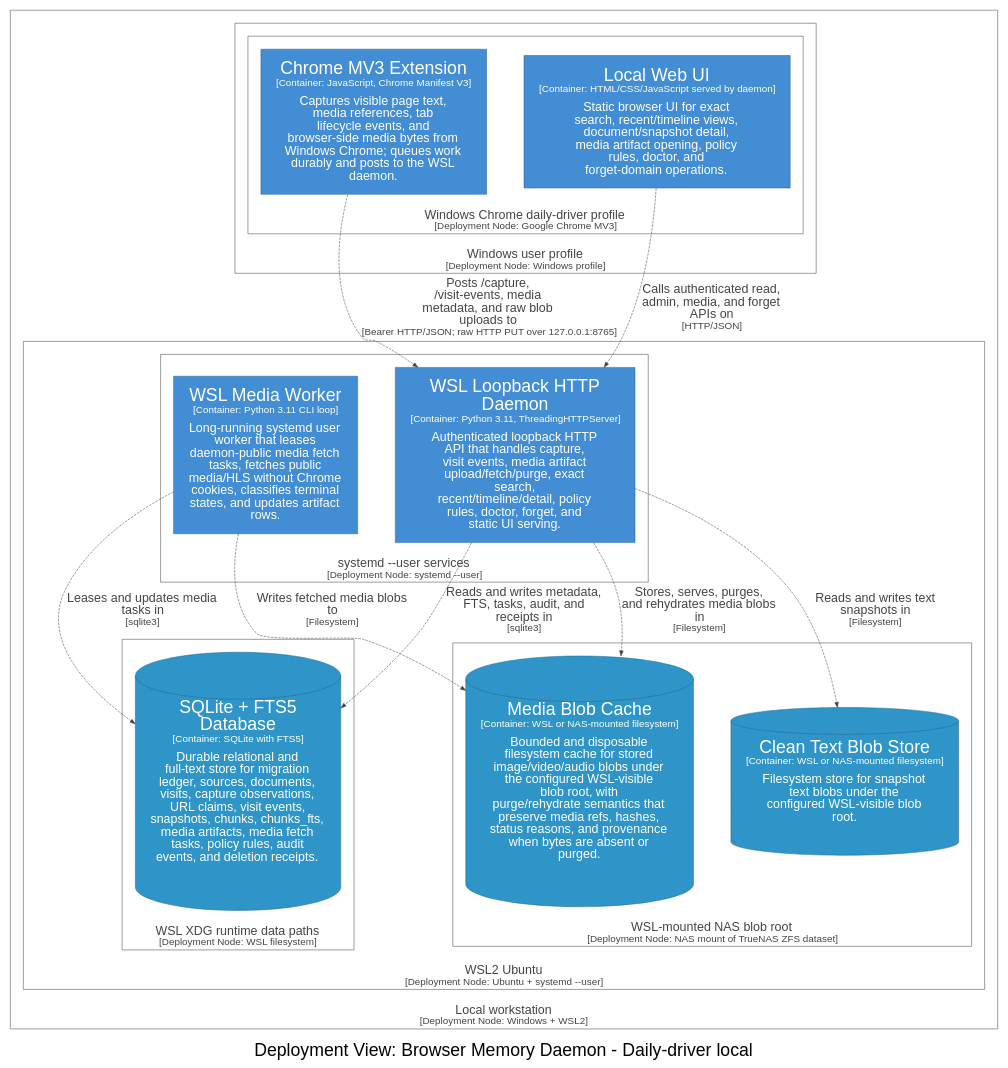
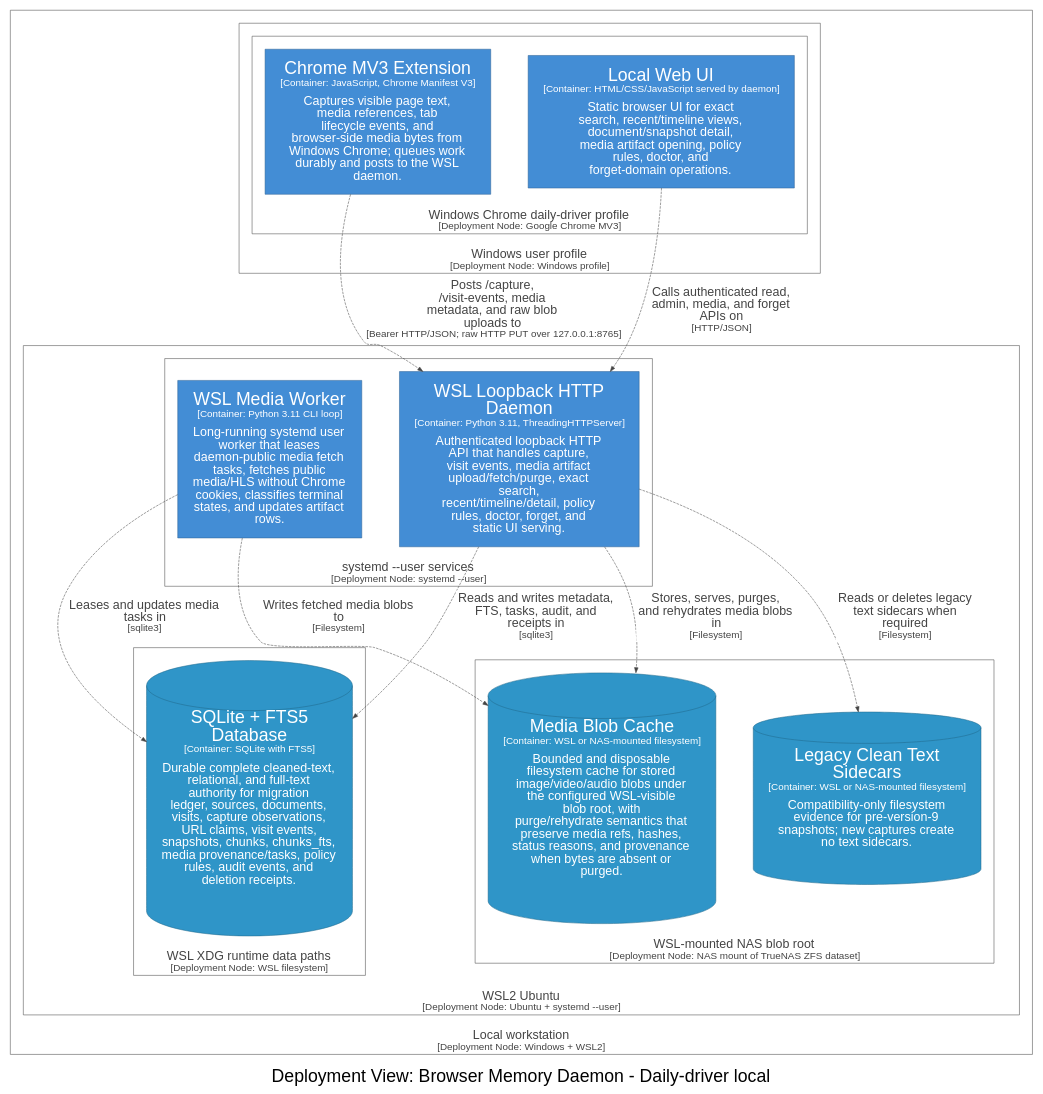
Before and after one commit to michaelnicks0/browser-memory-daemon: the diagram in docs/architecture/diagrams/dot/structurizr-DailyDriverDeployment.dot, drawn with Graphviz. The commit also changed 196 other files, not shown here.

Commit message:
feat(storage): make SQLite authoritative for snapshot text

```diff
--- a/docs/architecture/diagrams/dot/structurizr-DailyDriverDeployment.dot
+++ b/docs/architecture/diagrams/dot/structurizr-DailyDriverDeployment.dot
@@ -1,103 +1,103 @@
 digraph {
   compound=true
   graph [fontname="Arial", rankdir=TB, ranksep=1.0, nodesep=1.0]
   node [fontname="Arial", shape=box, margin="0.4,0.3"]
   edge [fontname="Arial"]
   label=<<br /><font point-size="34">Deployment View: Browser Memory Daemon - Daily-driver local</font>>
 
   subgraph cluster_88 {
     margin=25
     label=<<font point-size="24">Local workstation</font><br /><font point-size="19">[Deployment Node: Windows + WSL2]</font>>
     labelloc=b
     color="#444444"
     fontcolor="#444444"
     fillcolor="#ffffff"
 
     subgraph cluster_89 {
       margin=25
       label=<<font point-size="24">Windows user profile</font><br /><font point-size="19">[Deployment Node: Windows profile]</font>>
       labelloc=b
       color="#444444"
       fontcolor="#444444"
       fillcolor="#ffffff"
 
       subgraph cluster_90 {
         margin=25
         label=<<font point-size="24">Windows Chrome daily-driver profile</font><br /><font point-size="19">[Deployment Node: Google Chrome MV3]</font>>
         labelloc=b
         color="#444444"
         fontcolor="#444444"
         fillcolor="#ffffff"
 
         91 [id=91,shape=rect, label=<<font point-size="34">Chrome MV3 Extension</font><br /><font point-size="19">[Container: JavaScript, Chrome Manifest V3]</font><br /><br /><font point-size="24">Captures visible page text,<br />media references, tab<br />lifecycle events, and<br />browser-side media bytes from<br />Windows Chrome; queues work<br />durably and posts to the WSL<br />daemon.</font>>, style=filled, color="#2e6295", fillcolor="#438dd5", fontcolor="#ffffff"]
         94 [id=94,shape=rect, label=<<font point-size="34">Local Web UI</font><br /><font point-size="19">[Container: HTML/CSS/JavaScript served by daemon]</font><br /><br /><font point-size="24">Static browser UI for exact<br />search, recent/timeline views,<br />document/snapshot detail,<br />media artifact opening, policy<br />rules, doctor, and<br />forget-domain operations.</font>>, style=filled, color="#2e6295", fillcolor="#438dd5", fontcolor="#ffffff"]
       }
 
     }
 
     subgraph cluster_96 {
       margin=25
       label=<<font point-size="24">WSL2 Ubuntu</font><br /><font point-size="19">[Deployment Node: Ubuntu + systemd --user]</font>>
       labelloc=b
       color="#444444"
       fontcolor="#444444"
       fillcolor="#ffffff"
 
       subgraph cluster_102 {
         margin=25
         label=<<font point-size="24">WSL shell</font><br /><font point-size="19">[Deployment Node: Bash + Python]</font>>
         labelloc=b
         color="#444444"
         fontcolor="#444444"
         fillcolor="#ffffff"
 
       }
 
       subgraph cluster_105 {
         margin=25
         label=<<font point-size="24">WSL XDG runtime data paths</font><br /><font point-size="19">[Deployment Node: WSL filesystem]</font>>
         labelloc=b
         color="#444444"
         fontcolor="#444444"
         fillcolor="#ffffff"
 
-        106 [id=106,shape=cylinder, label=<<font point-size="34">SQLite + FTS5<br />Database</font><br /><font point-size="19">[Container: SQLite with FTS5]</font><br /><br /><font point-size="24">Durable relational and<br />full-text store for migration<br />ledger, sources, documents,<br />visits, capture observations,<br />URL claims, visit events,<br />snapshots, chunks, chunks_fts,<br />media artifacts, media fetch<br />tasks, policy rules, audit<br />events, and deletion receipts.</font>>, style=filled, color="#20688c", fillcolor="#2f95c8", fontcolor="#ffffff"]
+        106 [id=106,shape=cylinder, label=<<font point-size="34">SQLite + FTS5<br />Database</font><br /><font point-size="19">[Container: SQLite with FTS5]</font><br /><br /><font point-size="24">Durable complete cleaned-text,<br />relational, and full-text<br />authority for migration<br />ledger, sources, documents,<br />visits, capture observations,<br />URL claims, visit events,<br />snapshots, chunks, chunks_fts,<br />media provenance/tasks, policy<br />rules, audit events, and<br />deletion receipts.</font>>, style=filled, color="#20688c", fillcolor="#2f95c8", fontcolor="#ffffff"]
       }
 
       subgraph cluster_111 {
         margin=25
         label=<<font point-size="24">WSL-mounted NAS blob root</font><br /><font point-size="19">[Deployment Node: NAS mount of TrueNAS ZFS dataset]</font>>
         labelloc=b
         color="#444444"
         fontcolor="#444444"
         fillcolor="#ffffff"
 
-        112 [id=112,shape=cylinder, label=<<font point-size="34">Clean Text Blob Store</font><br /><font point-size="19">[Container: WSL or NAS-mounted filesystem]</font><br /><br /><font point-size="24">Filesystem store for snapshot<br />text blobs under the<br />configured WSL-visible blob<br />root.</font>>, style=filled, color="#20688c", fillcolor="#2f95c8", fontcolor="#ffffff"]
+        112 [id=112,shape=cylinder, label=<<font point-size="34">Legacy Clean Text<br />Sidecars</font><br /><font point-size="19">[Container: WSL or NAS-mounted filesystem]</font><br /><br /><font point-size="24">Compatibility-only filesystem<br />evidence for pre-version-9<br />snapshots; new captures create<br />no text sidecars.</font>>, style=filled, color="#20688c", fillcolor="#2f95c8", fontcolor="#ffffff"]
         114 [id=114,shape=cylinder, label=<<font point-size="34">Media Blob Cache</font><br /><font point-size="19">[Container: WSL or NAS-mounted filesystem]</font><br /><br /><font point-size="24">Bounded and disposable<br />filesystem cache for stored<br />image/video/audio blobs under<br />the configured WSL-visible<br />blob root, with<br />purge/rehydrate semantics that<br />preserve media refs, hashes,<br />status reasons, and provenance<br />when bytes are absent or<br />purged.</font>>, style=filled, color="#20688c", fillcolor="#2f95c8", fontcolor="#ffffff"]
       }
 
       subgraph cluster_97 {
         margin=25
         label=<<font point-size="24">systemd --user services</font><br /><font point-size="19">[Deployment Node: systemd --user]</font>>
         labelloc=b
         color="#444444"
         fontcolor="#444444"
         fillcolor="#ffffff"
 
         101 [id=101,shape=rect, label=<<font point-size="34">WSL Media Worker</font><br /><font point-size="19">[Container: Python 3.11 CLI loop]</font><br /><br /><font point-size="24">Long-running systemd user<br />worker that leases<br />daemon-public media fetch<br />tasks, fetches public<br />media/HLS without Chrome<br />cookies, classifies terminal<br />states, and updates artifact<br />rows.</font>>, style=filled, color="#2e6295", fillcolor="#438dd5", fontcolor="#ffffff"]
         98 [id=98,shape=rect, label=<<font point-size="34">WSL Loopback HTTP<br />Daemon</font><br /><font point-size="19">[Container: Python 3.11, ThreadingHTTPServer]</font><br /><br /><font point-size="24">Authenticated loopback HTTP<br />API that handles capture,<br />visit events, media artifact<br />upload/fetch/purge, exact<br />search,<br />recent/timeline/detail, policy<br />rules, doctor, forget, and<br />static UI serving.</font>>, style=filled, color="#2e6295", fillcolor="#438dd5", fontcolor="#ffffff"]
       }
 
     }
 
   }
 
-  94 -> 98 [id=100, label=<<font point-size="24">Calls authenticated read,<br />admin, media, and forget<br />APIs on</font><br /><font point-size="19">[HTTP/JSON]</font>>, style="dashed", color="#444444", fontcolor="#444444"]
-  98 -> 106 [id=107, label=<<font point-size="24">Reads and writes metadata,<br />FTS, tasks, audit, and<br />receipts in</font><br /><font point-size="19">[sqlite3]</font>>, style="dashed", color="#444444", fontcolor="#444444"]
-  101 -> 106 [id=108, label=<<font point-size="24">Leases and updates media<br />tasks in</font><br /><font point-size="19">[sqlite3]</font>>, style="dashed", color="#444444", fontcolor="#444444"]
-  98 -> 112 [id=113, label=<<font point-size="24">Reads and writes text<br />snapshots in</font><br /><font point-size="19">[Filesystem]</font>>, style="dashed", color="#444444", fontcolor="#444444"]
-  98 -> 114 [id=115, label=<<font point-size="24">Stores, serves, purges,<br />and rehydrates media blobs<br />in</font><br /><font point-size="19">[Filesystem]</font>>, style="dashed", color="#444444", fontcolor="#444444"]
-  101 -> 114 [id=116, label=<<font point-size="24">Writes fetched media blobs<br />to</font><br /><font point-size="19">[Filesystem]</font>>, style="dashed", color="#444444", fontcolor="#444444"]
-  91 -> 98 [id=99, label=<<font point-size="24">Posts /capture,<br />/visit-events, media<br />metadata, and raw blob<br />uploads to</font><br /><font point-size="19">[Bearer HTTP/JSON; raw HTTP PUT over 127.0.0.1:8765]</font>>, style="dashed", color="#444444", fontcolor="#444444"]
+  94 -> 98 [id=100, label=<<TABLE BORDER="0" CELLBORDER="0" CELLSPACING="0" CELLPADDING="4" BGCOLOR="white"><TR><TD><font point-size="24">Calls authenticated read,<br />admin, media, and forget<br />APIs on</font><br /><font point-size="19">[HTTP/JSON]</font></TD></TR></TABLE>>, style="dashed", color="#444444", fontcolor="#444444"]
+  98 -> 106 [id=107, label=<<TABLE BORDER="0" CELLBORDER="0" CELLSPACING="0" CELLPADDING="4" BGCOLOR="white"><TR><TD><font point-size="24">Reads and writes metadata,<br />FTS, tasks, audit, and<br />receipts in</font><br /><font point-size="19">[sqlite3]</font></TD></TR></TABLE>>, style="dashed", color="#444444", fontcolor="#444444"]
+  101 -> 106 [id=108, label=<<TABLE BORDER="0" CELLBORDER="0" CELLSPACING="0" CELLPADDING="4" BGCOLOR="white"><TR><TD><font point-size="24">Leases and updates media<br />tasks in</font><br /><font point-size="19">[sqlite3]</font></TD></TR></TABLE>>, style="dashed", color="#444444", fontcolor="#444444"]
+  98 -> 112 [id=113, label=<<TABLE BORDER="0" CELLBORDER="0" CELLSPACING="0" CELLPADDING="4" BGCOLOR="white"><TR><TD><font point-size="24">Reads or deletes legacy<br />text sidecars when<br />required</font><br /><font point-size="19">[Filesystem]</font></TD></TR></TABLE>>, style="dashed", color="#444444", fontcolor="#444444"]
+  98 -> 114 [id=115, label=<<TABLE BORDER="0" CELLBORDER="0" CELLSPACING="0" CELLPADDING="4" BGCOLOR="white"><TR><TD><font point-size="24">Stores, serves, purges,<br />and rehydrates media blobs<br />in</font><br /><font point-size="19">[Filesystem]</font></TD></TR></TABLE>>, style="dashed", color="#444444", fontcolor="#444444"]
+  101 -> 114 [id=116, label=<<TABLE BORDER="0" CELLBORDER="0" CELLSPACING="0" CELLPADDING="4" BGCOLOR="white"><TR><TD><font point-size="24">Writes fetched media blobs<br />to</font><br /><font point-size="19">[Filesystem]</font></TD></TR></TABLE>>, style="dashed", color="#444444", fontcolor="#444444"]
+  91 -> 98 [id=99, label=<<TABLE BORDER="0" CELLBORDER="0" CELLSPACING="0" CELLPADDING="4" BGCOLOR="white"><TR><TD><font point-size="24">Posts /capture,<br />/visit-events, media<br />metadata, and raw blob<br />uploads to</font><br /><font point-size="19">[Bearer HTTP/JSON; raw HTTP PUT over 127.0.0.1:8765]</font></TD></TR></TABLE>>, style="dashed", color="#444444", fontcolor="#444444"]
 
 }
```
